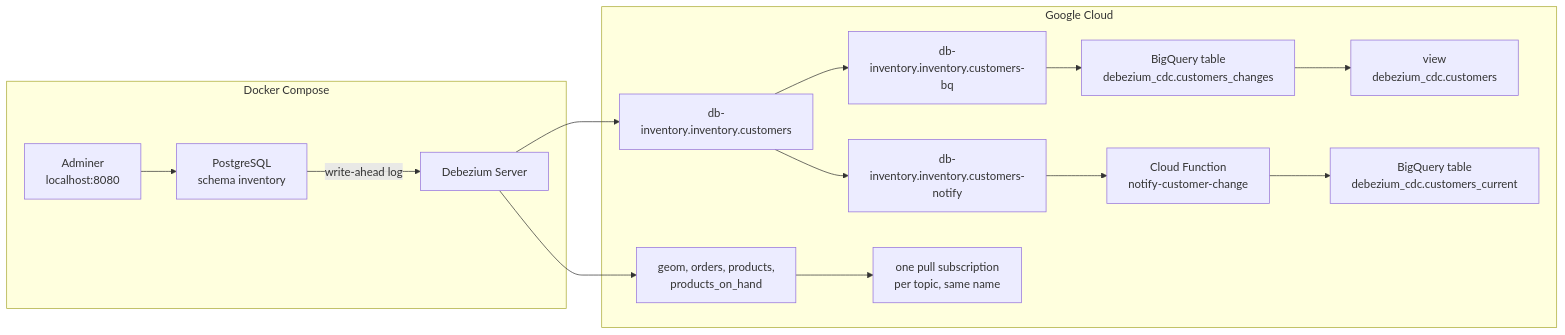
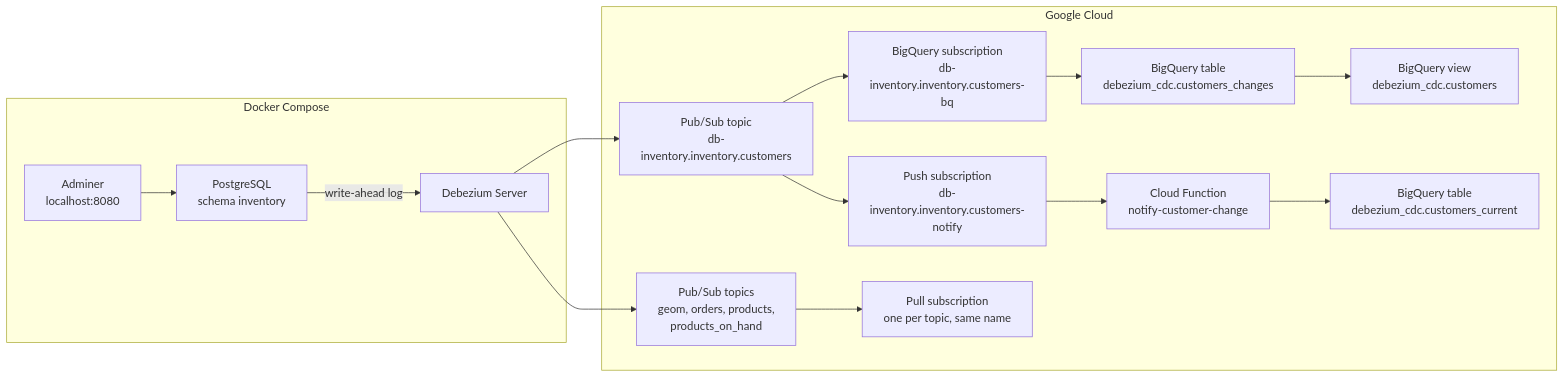
Before and after one commit to Closer-Smart4/cdc-debezium-postgresql-pubsub: the second of 2 diagrams in README.md, drawn with Mermaid. The commit also changed other lines of this file and 2 other files, not shown here.

Commit message:
Label each resource in the complete-solution diagram so a reader can tell topics, subscriptions, and tables apart.

````diff
--- a/README.md
+++ b/README.md
@@ -125,23 +125,23 @@
 ```mermaid
 flowchart LR
   subgraph compose["Docker Compose"]
     adminer["Adminer<br/>localhost:8080"] --> db["PostgreSQL<br/>schema inventory"]
     db -->|"write-ahead log"| debezium["Debezium Server"]
   end
   subgraph gcp["Google Cloud"]
-    customers["db-inventory.inventory.customers"]
-    others["geom, orders, products,<br/>products_on_hand"]
-    bqsub["db-inventory.inventory.customers-bq"]
-    notify["db-inventory.inventory.customers-notify"]
+    customers["Pub/Sub topic<br/>db-inventory.inventory.customers"]
+    others["Pub/Sub topics<br/>geom, orders, products,<br/>products_on_hand"]
+    bqsub["BigQuery subscription<br/>db-inventory.inventory.customers-bq"]
+    notify["Push subscription<br/>db-inventory.inventory.customers-notify"]
     table["BigQuery table<br/>debezium_cdc.customers_changes"]
-    view["view<br/>debezium_cdc.customers"]
+    view["BigQuery view<br/>debezium_cdc.customers"]
     fn["Cloud Function<br/>notify-customer-change"]
     current["BigQuery table<br/>debezium_cdc.customers_current"]
-    pull["one pull subscription<br/>per topic, same name"]
+    pull["Pull subscription<br/>one per topic, same name"]
   end
   debezium --> customers
   debezium --> others
   customers --> bqsub --> table --> view
   customers --> notify --> fn --> current
   others --> pull
 ```
````
